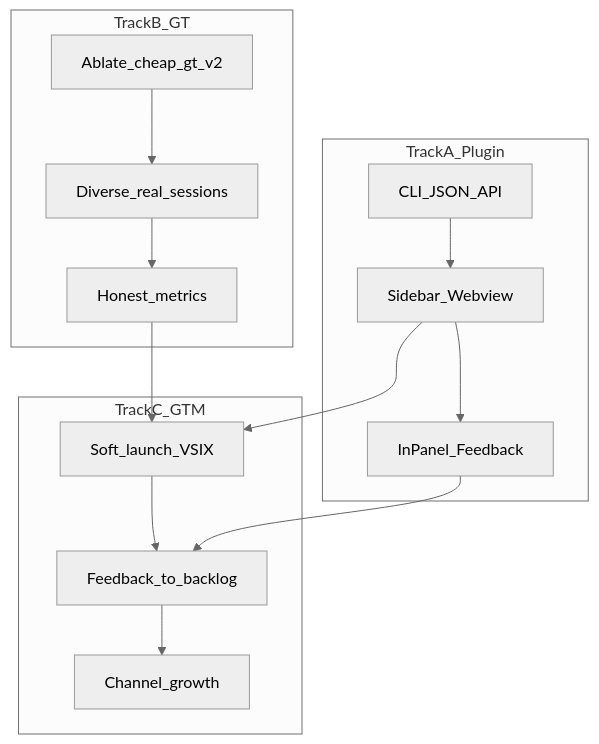
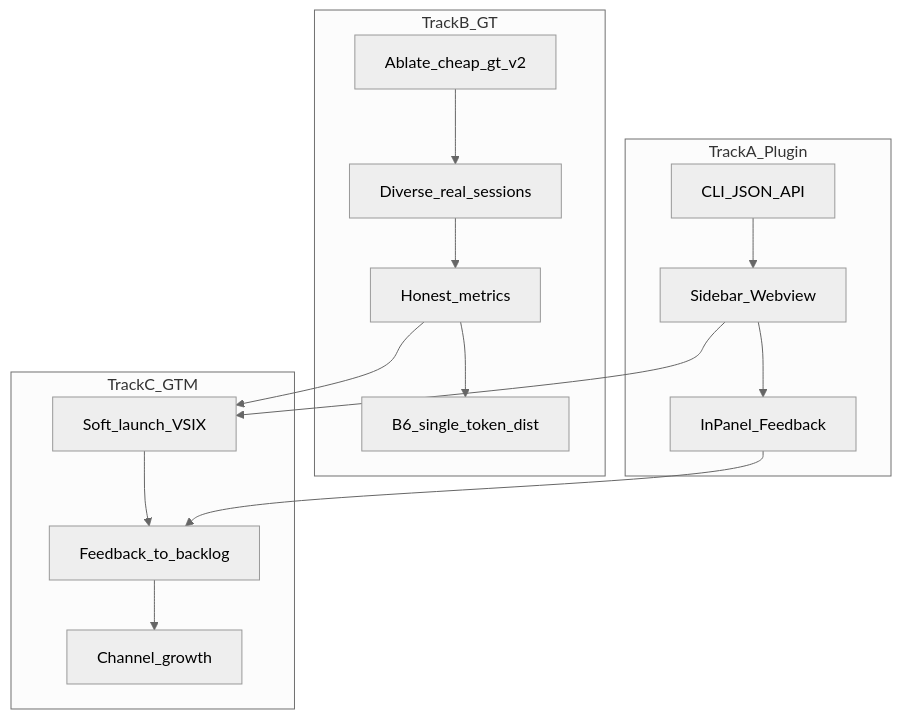
Before and after one commit to black-pupil153/verkee-verify: the diagram in docs/ROADMAP.md, drawn with Mermaid (neutral theme). The commit also changed other lines of this file and 18 other files, not shown here.

````diff
--- a/docs/ROADMAP.md
+++ b/docs/ROADMAP.md
@@ -27,24 +29,26 @@
 ```mermaid
 flowchart TB
   subgraph trackA [TrackA_Plugin]
     CLI_JSON[CLI_JSON_API]
     Ext[Sidebar_Webview]
     Feedback[InPanel_Feedback]
     CLI_JSON --> Ext --> Feedback
   end
   subgraph trackB [TrackB_GT]
     Ablate[Ablate_cheap_gt_v2]
     DiverseGT[Diverse_real_sessions]
     Metrics[Honest_metrics]
+    SingleTok[B6_single_token_dist]
     Ablate --> DiverseGT --> Metrics
+    Metrics --> SingleTok
   end
   subgraph trackC [TrackC_GTM]
     SoftLaunch[Soft_launch_VSIX]
     Loop[Feedback_to_backlog]
     Growth[Channel_growth]
     SoftLaunch --> Loop --> Growth
   end
   Ext --> SoftLaunch
   Metrics --> SoftLaunch
   Feedback --> Loop
 ```
````
